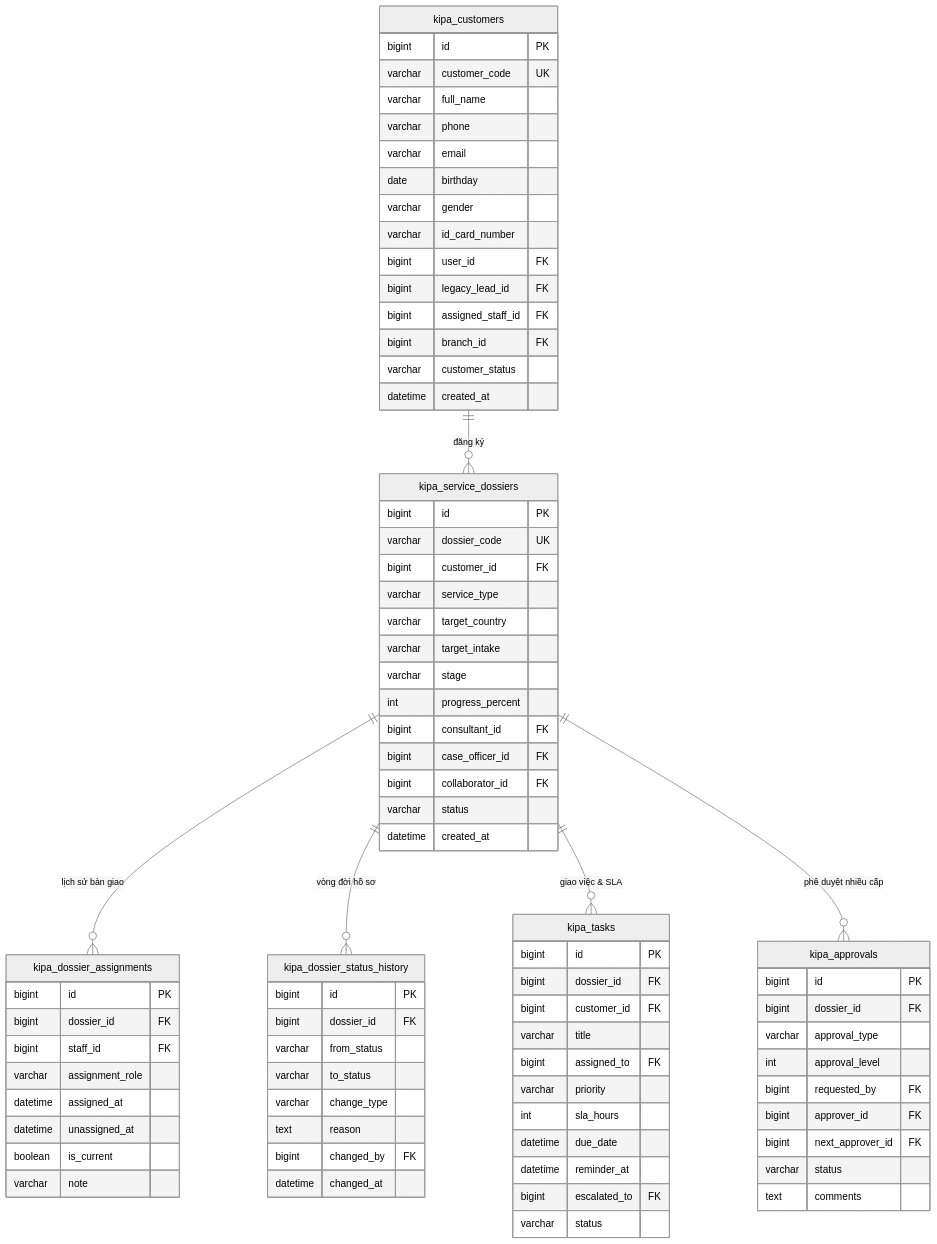
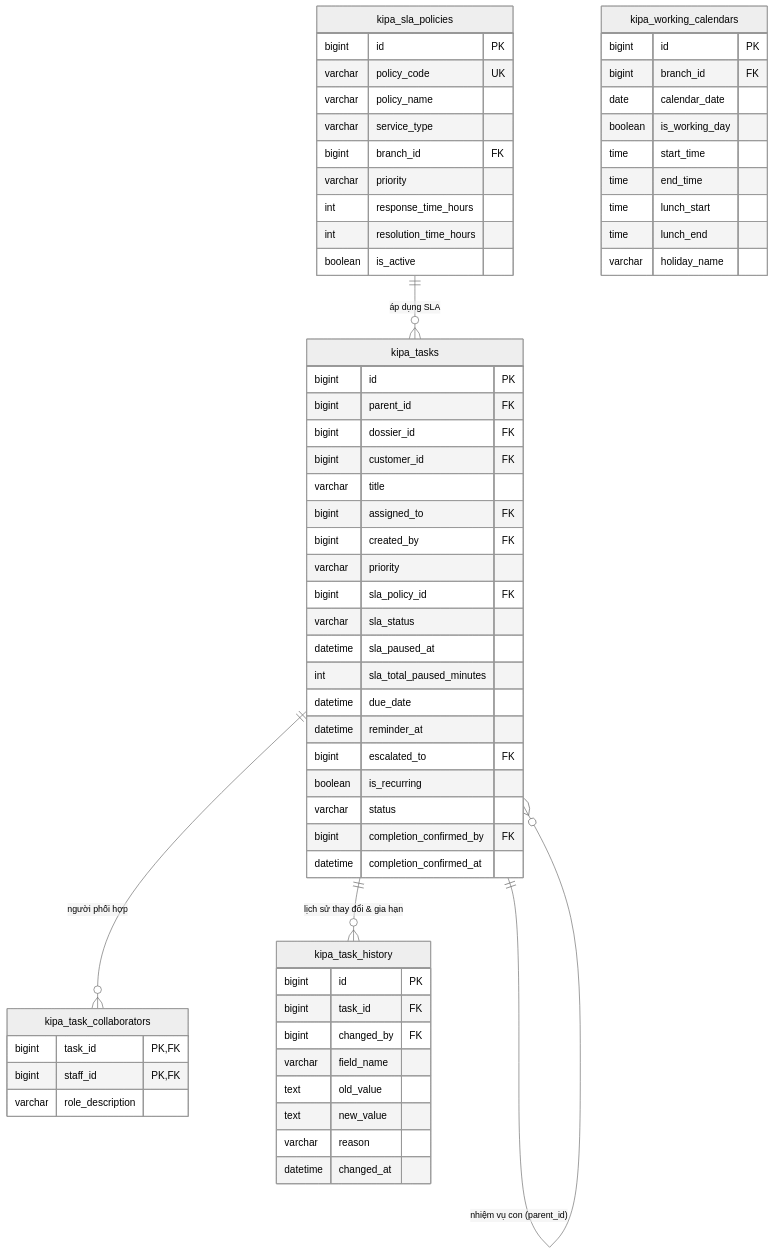
One commit to sugar4120/Web-KIPA changed the fourth of 6 diagrams in DATABASE_RELATIONSHIP_MAP.md. Above: the diagram before and after it, drawn with Mermaid (neutral theme). The commit also changed other lines of this file and 9 other files, not shown here.

````diff
--- a/DATABASE_RELATIONSHIP_MAP.md
+++ b/DATABASE_RELATIONSHIP_MAP.md
@@ -171,89 +270,70 @@
 ```mermaid
 erDiagram
-    kipa_customers {
+    kipa_sla_policies {
         bigint id PK
-        varchar customer_code UK
-        varchar full_name
-        varchar phone
-        varchar email
-        date birthday
-        varchar gender
-        varchar id_card_number
-        bigint user_id FK
-        bigint legacy_lead_id FK
-        bigint assigned_staff_id FK
+        varchar policy_code UK
+        varchar policy_name
+        varchar service_type
         bigint branch_id FK
-        varchar customer_status
-        datetime created_at
+        varchar priority
+        int response_time_hours
+        int resolution_time_hours
+        boolean is_active
     }
 
-    kipa_service_dossiers {
+    kipa_working_calendars {
         bigint id PK
-        varchar dossier_code UK
-        bigint customer_id FK
-        varchar service_type
-        varchar target_country
-        varchar target_intake
-        varchar stage
-        int progress_percent
-        bigint consultant_id FK
-        bigint case_officer_id FK
-        bigint collaborator_id FK
-        varchar status
-        datetime created_at
-    }
-
-    kipa_dossier_assignments {
-        bigint id PK
-        bigint dossier_id FK
-        bigint staff_id FK
-        varchar assignment_role
-        datetime assigned_at
-        datetime unassigned_at
-        boolean is_current
-        varchar note
-    }
-
-    kipa_dossier_status_history {
-        bigint id PK
-        bigint dossier_id FK
-        varchar from_status
-        varchar to_status
-        varchar change_type
-        text reason
-        bigint changed_by FK
-        datetime changed_at
+        bigint branch_id FK
+        date calendar_date
+        boolean is_working_day
+        time start_time
+        time end_time
+        time lunch_start
+        time lunch_end
+        varchar holiday_name
     }
 
     kipa_tasks {
         bigint id PK
+        bigint parent_id FK
         bigint dossier_id FK
         bigint customer_id FK
         varchar title
         bigint assigned_to FK
+        bigint created_by FK
         varchar priority
-        int sla_hours
+        bigint sla_policy_id FK
+        varchar sla_status
+        datetime sla_paused_at
+        int sla_total_paused_minutes
         datetime due_date
         datetime reminder_at
         bigint escalated_to FK
+        boolean is_recurring
         varchar status
+        bigint completion_confirmed_by FK
+        datetime completion_confirmed_at
     }
 
-    kipa_approvals {
-        bigint id PK
-        bigint dossier_id FK
-        varchar approval_type
-        int approval_level
-        bigint requested_by FK
-        bigint approver_id FK
-        bigint next_approver_id FK
-        varchar status
-        text comments
+    kipa_task_collaborators {
+        bigint task_id PK,FK
+        bigint staff_id PK,FK
+        varchar role_description
     }
 
-    kipa_customers ||--o{ kipa_service_dossiers : "đăng ký"
-    kipa_service_dossiers ||--o{ kipa_dossier_assignments : "lịch sử bàn giao"
-    kipa_service_dossiers ||--o{ kipa_dossier_status_history : "vòng đời hồ sơ"
-    kipa_service_dossiers ||--o{ kipa_tasks : "giao việc & SLA"
-    kipa_service_dossiers ||--o{ kipa_approvals : "phê duyệt nhiều cấp"
+    kipa_task_history {
+        bigint id PK
+        bigint task_id FK
+        bigint changed_by FK
+        varchar field_name
+        text old_value
+        text new_value
+        varchar reason
+        datetime changed_at
+    }
+
+    kipa_sla_policies ||--o{ kipa_tasks : "áp dụng SLA"
+    kipa_tasks ||--o{ kipa_tasks : "nhiệm vụ con (parent_id)"
+    kipa_tasks ||--o{ kipa_task_collaborators : "người phối hợp"
+    kipa_tasks ||--o{ kipa_task_history : "lịch sử thay đổi & gia hạn"
 ```
````
